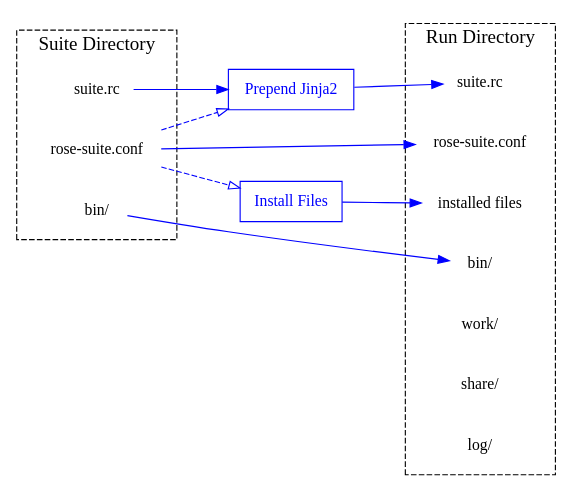
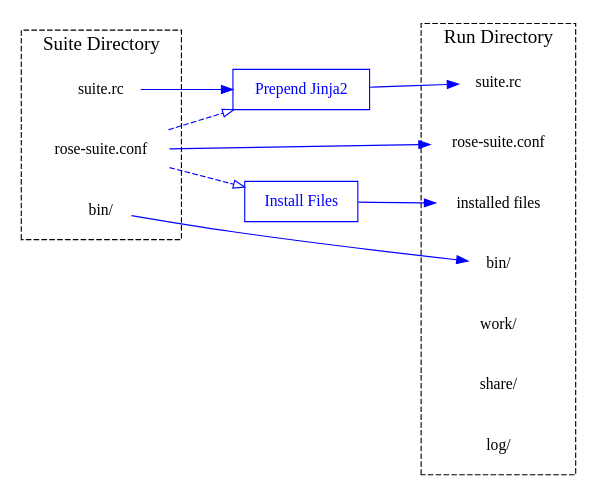
Before and after one commit to metomi/rose: the diagram in sphinx/tutorial/rose/suites.rst, drawn with Graphviz. The commit also changed 13 other files, not shown here.

Commit message:
Set graphviz defaults.

```diff
--- a/sphinx/tutorial/rose/suites.rst
+++ b/sphinx/tutorial/rose/suites.rst
@@ -113,51 +113,50 @@
 .. digraph:: Example
    :align: center
 
-    graph [rankdir="LR", fontname="sanz"]
-    node [fontname="sanz", shape="none"]
+    graph [rankdir="LR"]
+    node [shape="none"]
     edge [color="blue"]
 
-    bgcolor="none"
     size="7,5"
     ranksep=0.75
 
     subgraph cluster_suite_directory {
         label="Suite Directory"
         fontsize=17
         fontname="sanz bold"
         style="dashed"
         suite_rc_suite_dir [label="suite.rc"]
         rose_suite_conf_suite_dir [label="rose-suite.conf"]
         bin_suite_dir [label="bin/"]
     }
 
     subgraph cluster_run_directory {
         label="Run Directory"
         fontsize=17
         fontname="sanz bold"
         style="dashed"
         suite_rc_run_dir [label="suite.rc"]
         rose_suite_conf_run_dir [label="rose-suite.conf"]
         files_run_dir [label="installed files"]
         bin_run_dir [label="bin/"]
         work [label="work/"]
         share [label="share/"]
         log [label="log/"]
     }
 
     jinja2 [label="Prepend Jinja2",
             shape="box",
             fontcolor="blue",
             color="blue"]
     install_files [label="Install Files",
                    shape="box",
                    fontcolor="blue",
                    color="blue"]
 
     suite_rc_suite_dir -> jinja2 -> suite_rc_run_dir
     rose_suite_conf_suite_dir -> jinja2 [style="dashed", arrowhead="empty"]
     rose_suite_conf_suite_dir -> rose_suite_conf_run_dir
     rose_suite_conf_suite_dir -> install_files [style="dashed",
                                                 arrowhead="empty"]
     install_files -> files_run_dir
     bin_suite_dir -> bin_run_dir
```
